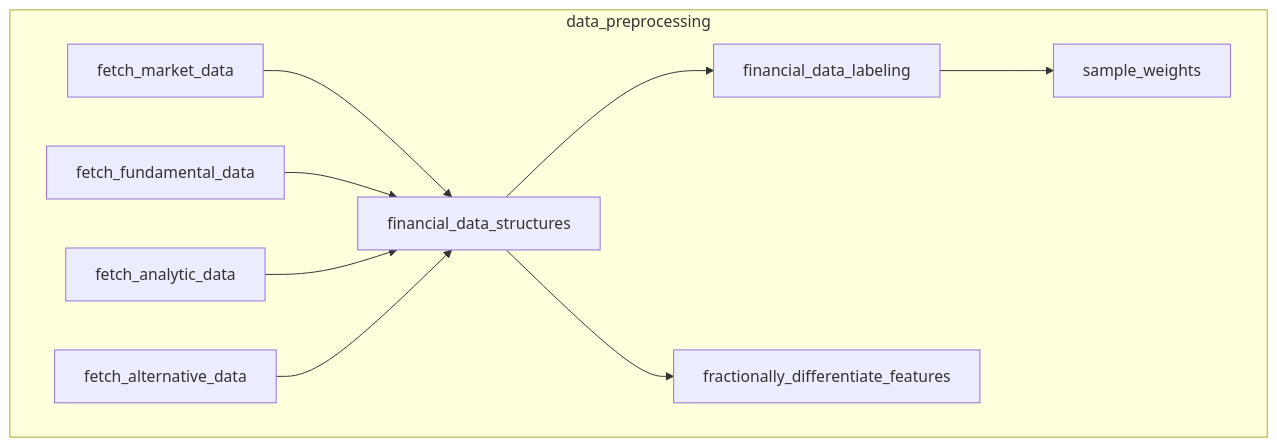
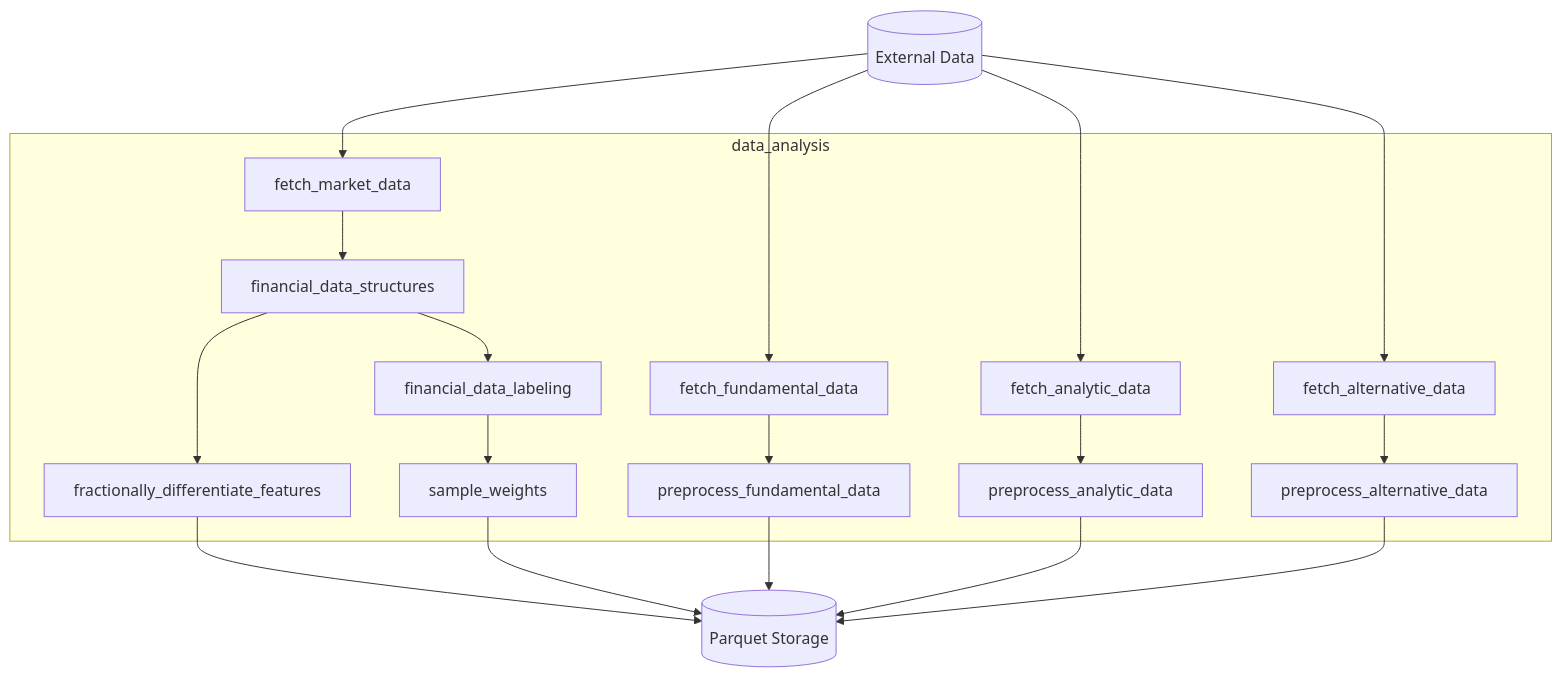
One commit to kwonjunhyuk9/financial-machine-learning changed the third of 6 diagrams in docs/architecture.md. Above: the diagram before and after it, drawn with Mermaid. The commit also changed other lines of this file and 4 other files, not shown here.

Commit message:
Updated project architecture docs

````diff
--- a/docs/architecture.md
+++ b/docs/architecture.md
@@ -68,21 +62,36 @@
 ```mermaid
 flowchart TD
-    subgraph dp[data_preprocessing]
+    ext[(External Data)]
+    parquet[(Parquet Storage)]
+
+    subgraph dp[data_analysis]
         f1[fetch_market_data]
         f2[fetch_fundamental_data]
         f3[fetch_analytic_data]
         f4[fetch_alternative_data]
         s1[financial_data_structures]
         s2[financial_data_labeling]
         s3[fractionally_differentiate_features]
         s4[sample_weights]
+        s5[preprocess_fundamental_data]
+        s6[preprocess_analytic_data]
+        s7[preprocess_alternative_data]
     end
 
+    ext --> f1
+    ext --> f2
+    ext --> f3
+    ext --> f4
     f1 --> s1
-    f2 --> s1
-    f3 --> s1
-    f4 --> s1
     s1 --> s2
     s1 --> s3
     s2 --> s4
+    f2 --> s5
+    f3 --> s6
+    f4 --> s7
+    s3 --> parquet
+    s4 --> parquet
+    s5 --> parquet
+    s6 --> parquet
+    s7 --> parquet
 ```
````
